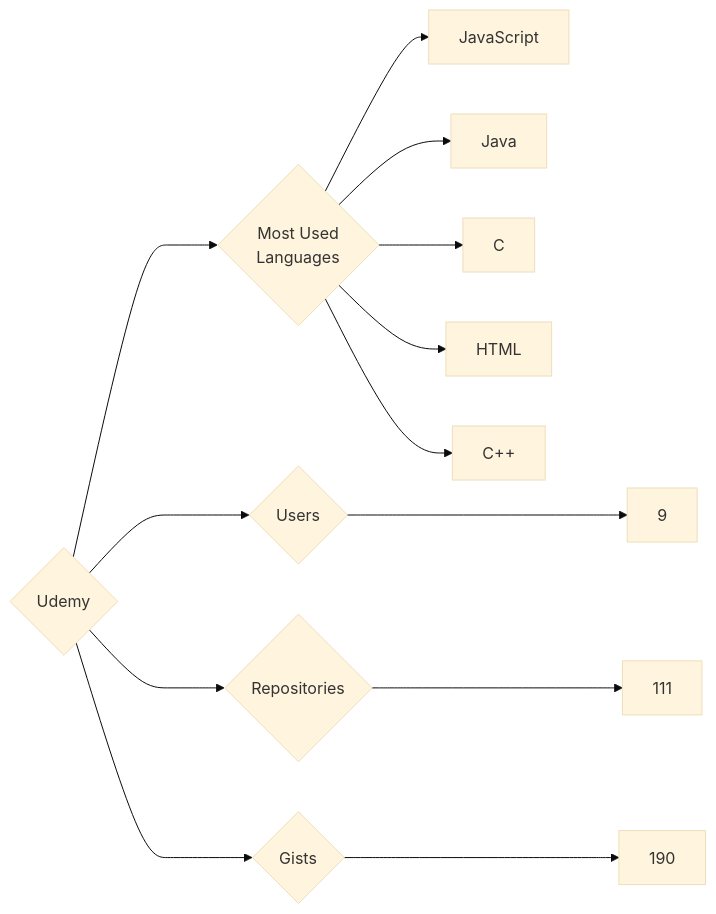
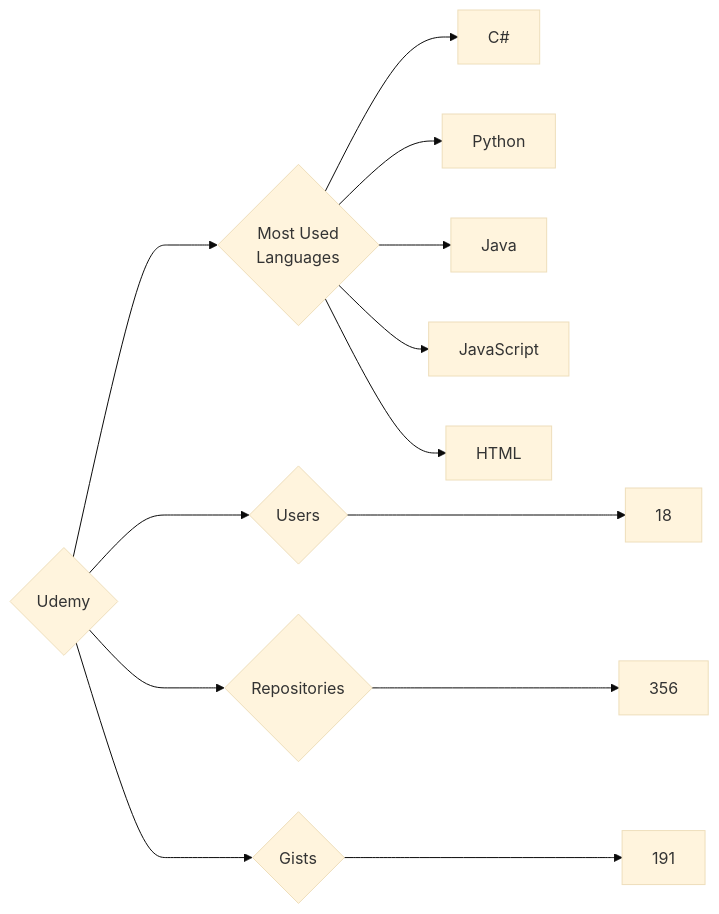
The diagram in targets/Udemy/README.md (trickest/insiders), drawn with Mermaid (base theme) before and after one commit. The commit also changed 976 other files, not shown here.

````diff
--- a/targets/Udemy/README.md
+++ b/targets/Udemy/README.md
@@ -3,13 +3,13 @@
 ```mermaid
 graph LR
 COMPANY_NAME{Udemy}
-COMPANY_NAME ---> U{Users} ---> UN[9]
-COMPANY_NAME ---> R{Repositories} ---> RN[111]
-COMPANY_NAME ---> G{Gists} ---> GN[190]
+COMPANY_NAME ---> U{Users} ---> UN[18]
+COMPANY_NAME ---> R{Repositories} ---> RN[356]
+COMPANY_NAME ---> G{Gists} ---> GN[191]
 COMPANY_NAME ---> ML{Most Used<br>Languages}
+ML --> C#[C#]
+ML --> Python[Python]
+ML --> Java[Java]
 ML --> JavaScript[JavaScript]
-ML --> Java[Java]
-ML --> C[C]
 ML --> HTML[HTML]
-ML --> C++[C++]
 ```
````
